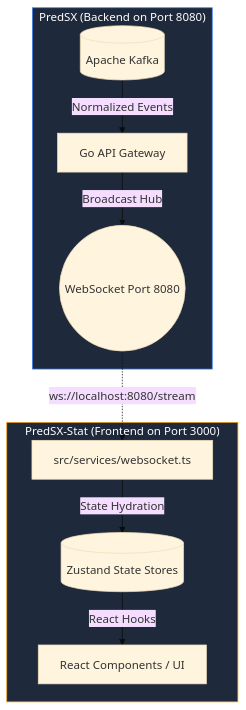
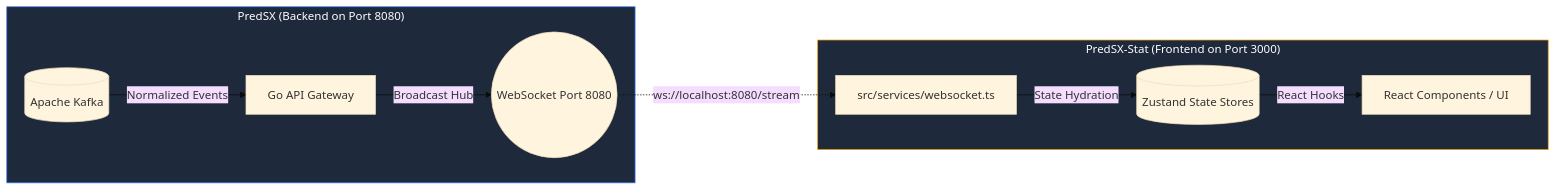
The diagram in README.md (PredictionStreammingExchange-PredSX/PredSX-Stat), drawn with Mermaid (base theme) before and after one commit.

Commit message:
style(docs): change diagram to landscape LR and 1px stroke

````diff
--- a/README.md
+++ b/README.md
@@ -17,19 +17,19 @@
 ```mermaid
-graph TD
+graph LR
     subgraph MainRepo ["PredSX (Backend on Port 8080)"]
         style MainRepo fill:#1e293b,stroke:#3b82f6,stroke-width:1px,color:#fff
         A[("Apache Kafka")] -->|Normalized Events| B["Go API Gateway"]
         B -->|Broadcast Hub| C(("WebSocket Port 8080"))
     end
 
     subgraph FrontendRepo ["PredSX-Stat (Frontend on Port 3000)"]
         style FrontendRepo fill:#1e293b,stroke:#f59e0b,stroke-width:1px,color:#fff
         D["src/services/websocket.ts"]
         E[("Zustand State Stores")]
         F["React Components / UI"]
         D -->|State Hydration| E
         E -->|React Hooks| F
     end
 
     C -.->|ws://localhost:8080/stream| D
 ```
````
